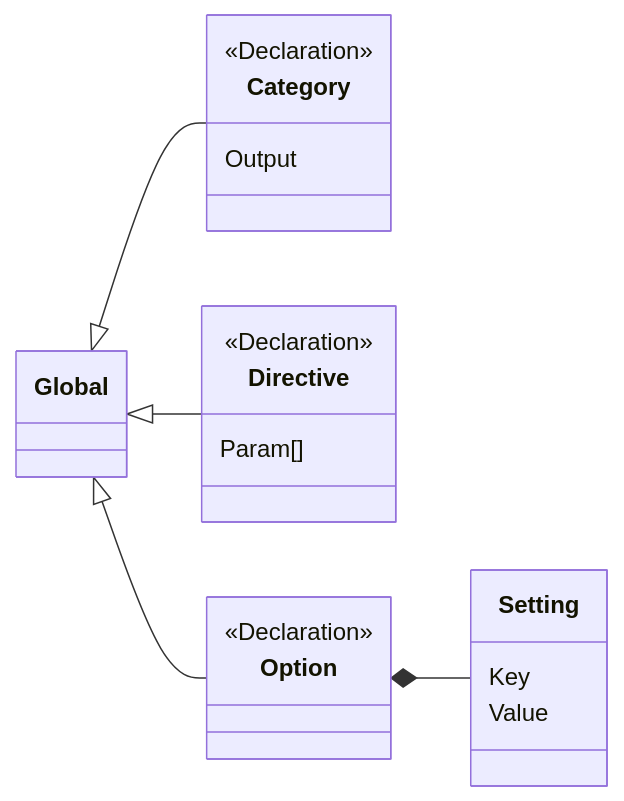
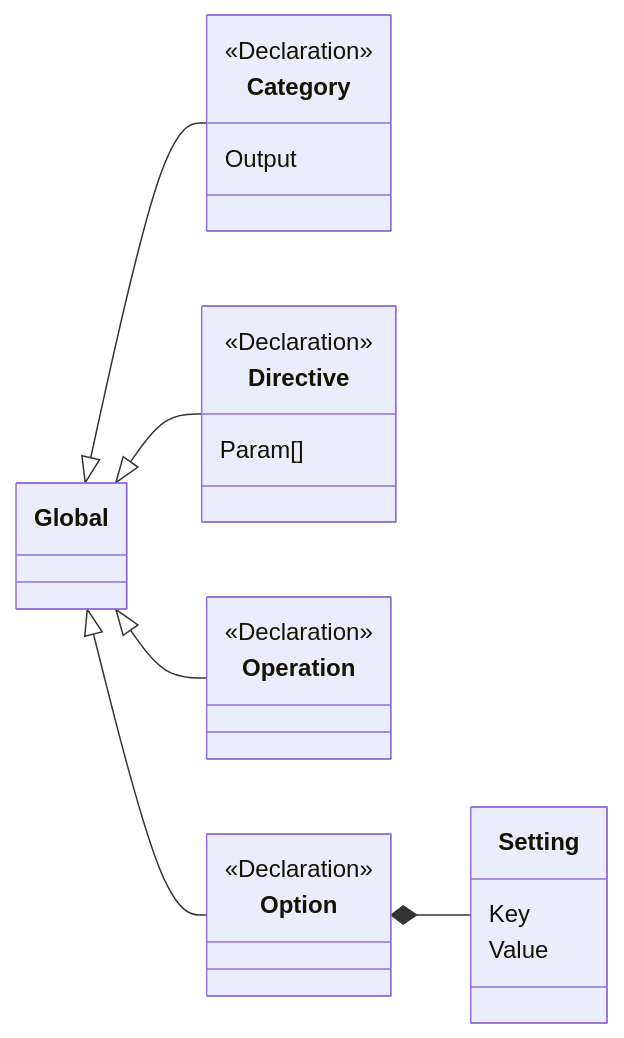
Before and after one commit to graphql-plus/graphql-plus.github.io: the second of 5 diagrams in graphql-plus/Diagrams.md, drawn with Mermaid. The commit also changed 3 other files, not shown here.

````diff
--- a/graphql-plus/Diagrams.md
+++ b/graphql-plus/Diagrams.md
@@ -30,20 +30,23 @@
 ```mermaid
 classDiagram
     direction LR
 
     Global <|-- Category
     Global <|-- Directive
+    Global <|-- Operation
     Global <|-- Option
 
     <<Declaration>> Category
     Category : Output
 
     <<Declaration>> Directive
     Directive : Param[]
 
+    <<Declaration>> Operation
+
     <<Declaration>> Option
     Option *-- Setting
 
     Setting : Key
     Setting : Value
 ```
````
